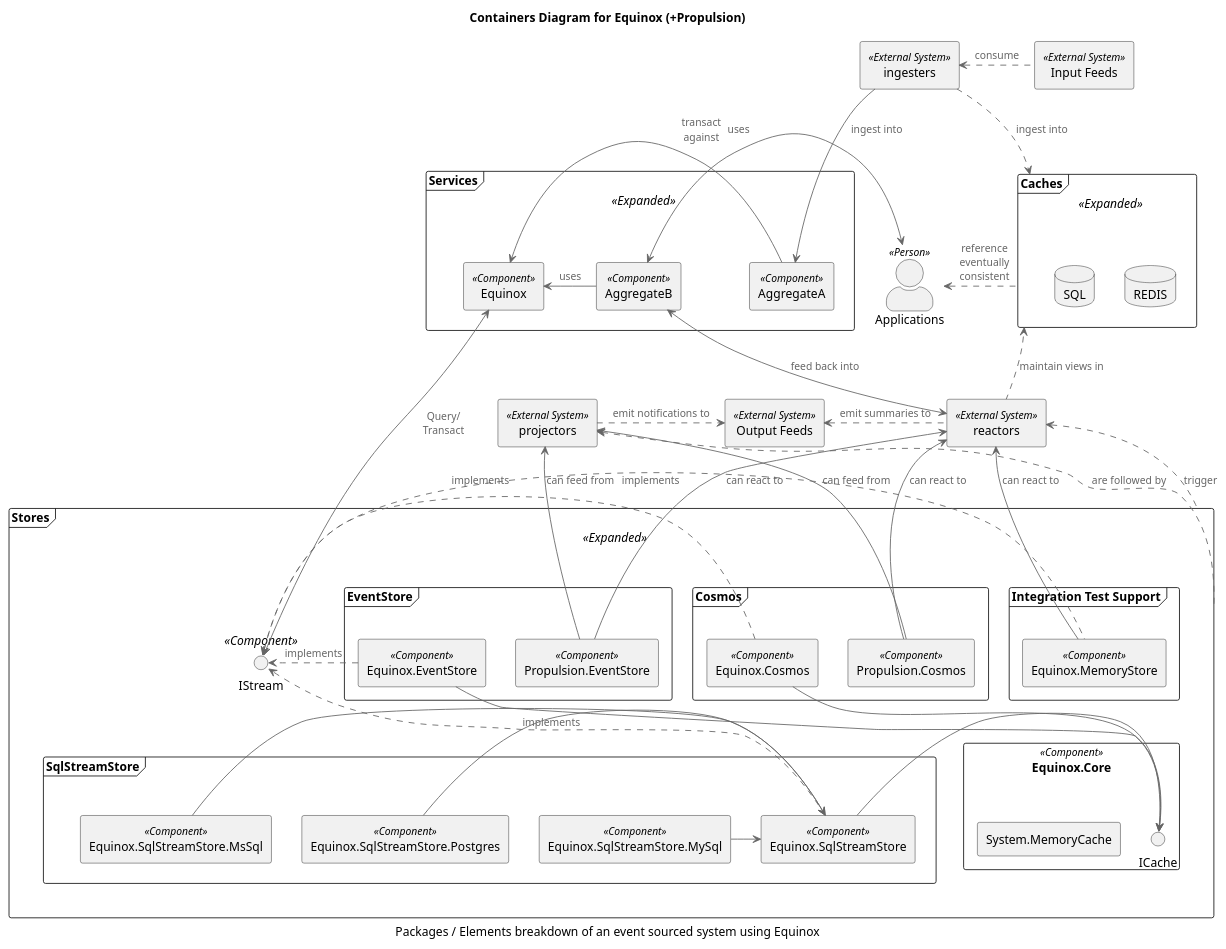
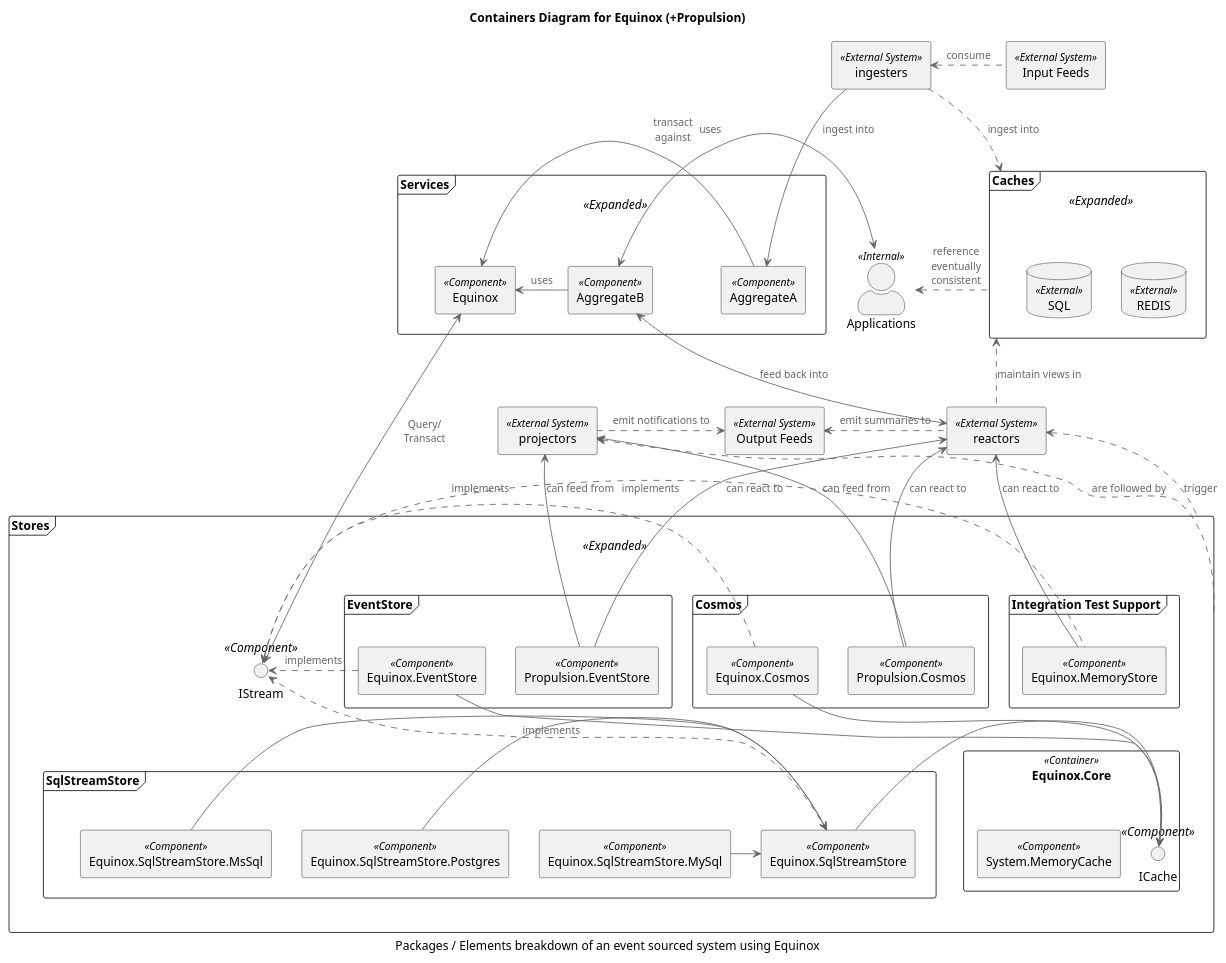
One commit to jet/equinox changed the diagram in diagrams/container.puml. Above: the diagram before and after it, drawn with PlantUML. The commit also changed 6 other files, not shown here.

```diff
--- a/diagrams/container.puml
+++ b/diagrams/container.puml
@@ -1,93 +1,93 @@
 @startuml
 !includeurl https://raw.githubusercontent.com/skleanthous/C4-PlantumlSkin/master/build/output/c4.puml
 
 title Containers Diagram for Equinox (+Propulsion)
 caption Packages / Elements breakdown of an event sourced system using Equinox
 
 together {
     frame "Caches" <<Expanded>> as caches {
-        database "REDIS"
-        database "SQL"
+        database "REDIS" <<External>>
+        database "SQL"   <<External>>
     }
     frame "Services" <<Expanded>> as services {
         rectangle "Equinox" <<Component>> as equinox
         rectangle "AggregateA" <<Component>>
         rectangle "AggregateB" <<Component>>
     }
-    actor "Applications" as apps <<Person>>
+    actor "Applications" as apps <<Internal>>
 }
 
 rectangle ingesters <<External System>> 
 rectangle "Input Feeds" as sources <<External System>> 
 rectangle projectors <<External System>> 
 rectangle "Output Feeds" as sinks <<External System>> 
 rectangle reactors <<External System>> 
 
 frame "Stores" as stores <<Expanded>> {
     frame "Cosmos" as cosmos {
         rectangle "Equinox.Cosmos" <<Component>> as cs
         rectangle "Propulsion.Cosmos" <<Component>> as cfp
     }
     frame "EventStore" {
         rectangle "Equinox.EventStore" <<Component>> as es
         rectangle "Propulsion.EventStore" <<Component>> as all
     }
     frame "Integration Test Support" {
         rectangle "Equinox.MemoryStore" <<Component>> as ms 
     }
     interface IStream <<Component>>
-    rectangle "Equinox.Core" as core <<Component>> {
-        rectangle "System.MemoryCache"
-        interface ICache
+    rectangle "Equinox.Core" as core <<Container>> {
+        rectangle "System.MemoryCache" <<Component>>
+        interface ICache <<Component>>
     }
     frame "SqlStreamStore" as ssss {
         rectangle "Equinox.SqlStreamStore.MsSql" <<Component>> as ssm
         rectangle "Equinox.SqlStreamStore.MySql" <<Component>> as ssy
         rectangle "Equinox.SqlStreamStore.Postgres" <<Component>> as ssp
         rectangle "Equinox.SqlStreamStore" <<Component>> as sss
     }
 }
 
 AggregateB -R-> equinox    : uses
 equinox     <-> IStream    : Query/\nTransact
 AggregateA -L-> equinox    : uses
 
 ingesters  <.R. sources    : consume
 ingesters    -> AggregateA : ingest into
 ingesters  .D.> caches     : ingest into
 
 apps       <.   caches     : reference\neventually\nconsistent
 apps        <-> AggregateB : transact\nagainst
 
 stores     .U.> projectors : are followed by
 stores     .U.> reactors   : trigger
 
 projectors   .> sinks      : emit notifications to
 projectors <--  cfp        : can feed from
 projectors <--  all        : can feed from
 
 reactors  <-U-> AggregateB : feed back into
 reactors   .L.> sinks      : emit summaries to
 reactors   .U.> caches     : maintain views in
 reactors   <-   ms         : can react to
 reactors   <-   cfp        : can react to
 reactors   <-   all        : can react to
 
 ms         .L.> IStream    : implements
 es           -> ICache
 es           .> IStream    : implements
 cs          --> ICache
 cs           .> IStream    : implements
 sss          -> ICache
 sss          .> IStream    : implements
 
 ssm          -> sss
 ssy          -> sss
 ssp          -> sss
 
 ingesters  -[hidden]D-> apps
 projectors -[hidden]D-> es
 projectors -[hidden]U-> services
 IStream    -[hidden]D-> ssss
 
 @enduml
```
